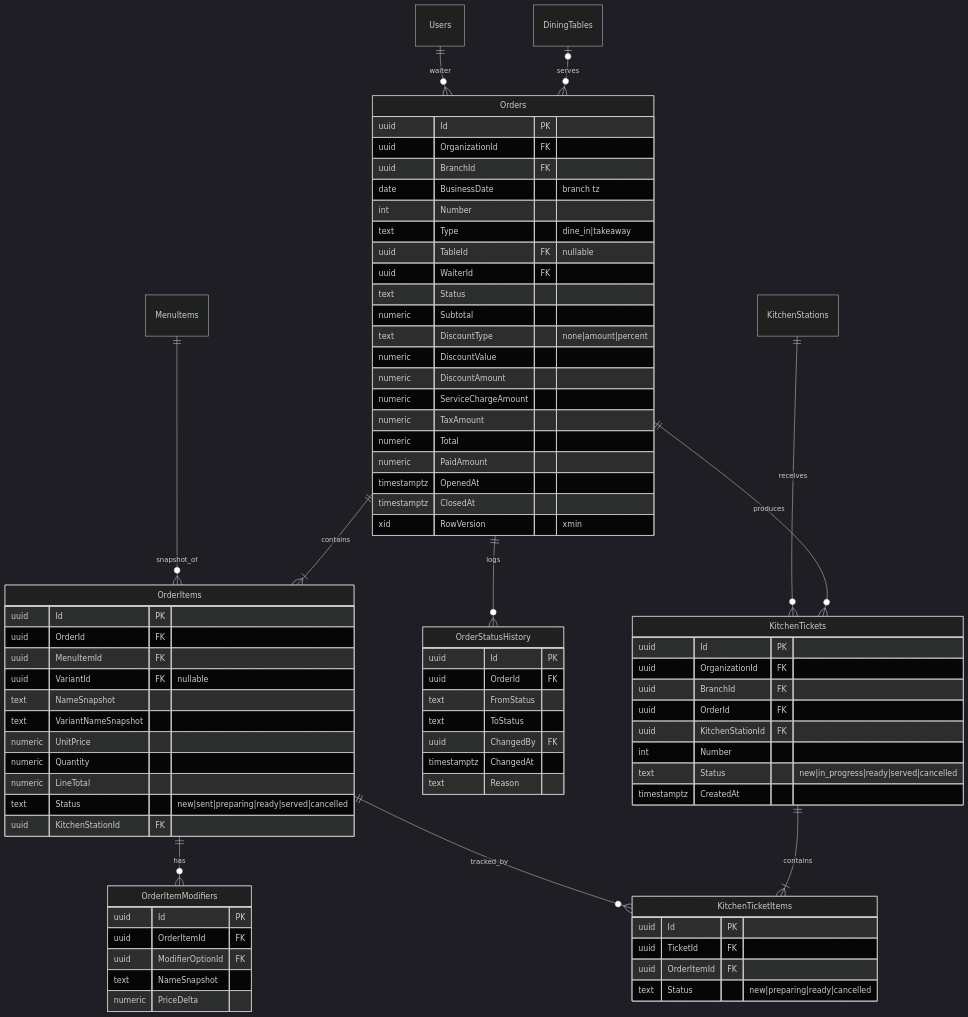
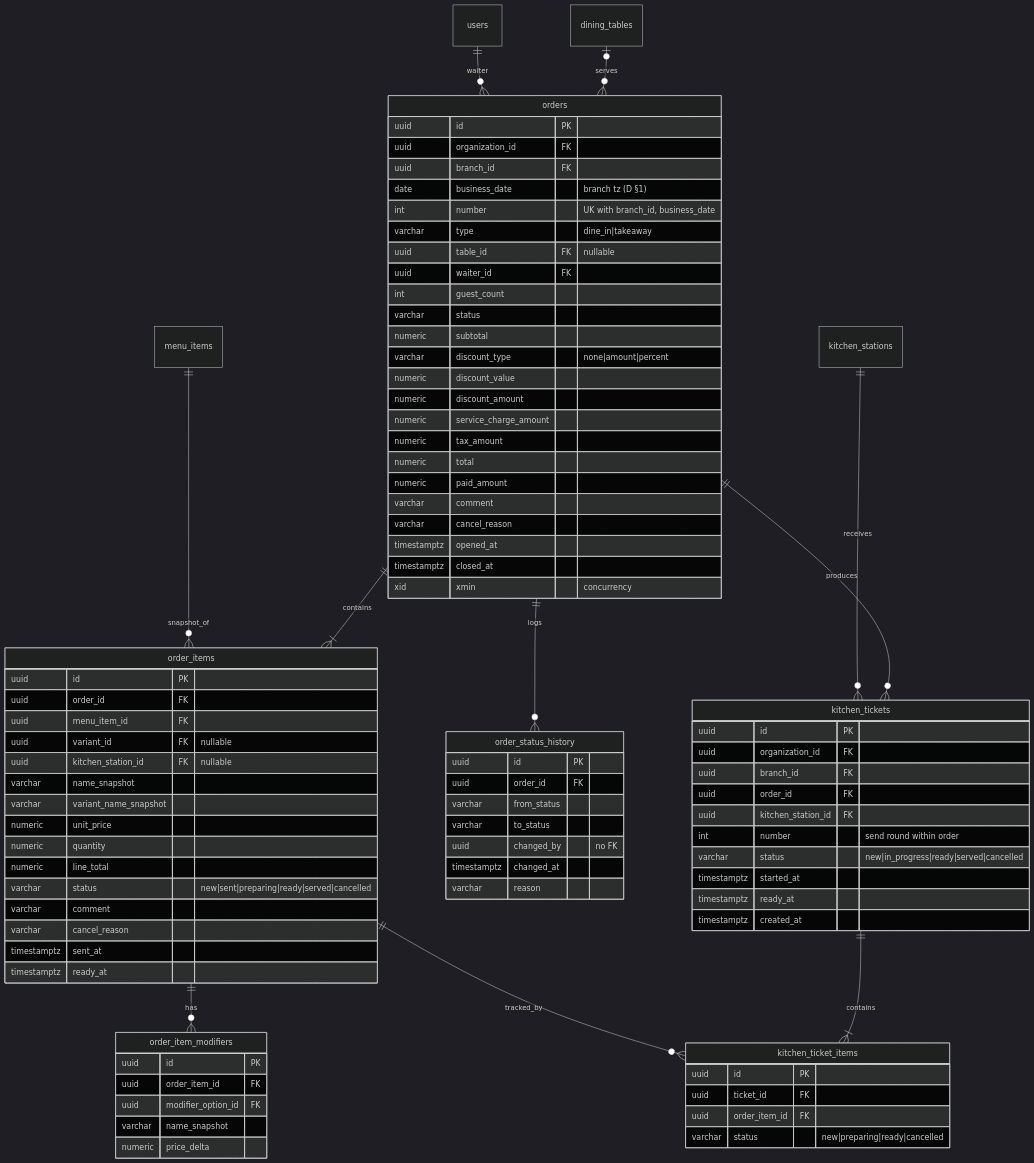
Before and after one commit to Urgenchbayev-Alibek/respos: the fourth of 4 diagrams in docs/database/ERD.md, drawn with Mermaid (dark theme). The commit also changed other lines of this file and 15 other files, not shown here.

Commit message:
docs: sync business rules, ERD, ADRs, overview, deployment, README with implementation

````diff
--- a/docs/database/ERD.md
+++ b/docs/database/ERD.md
@@ -305,81 +334,90 @@
 ```mermaid
 erDiagram
-  DiningTables |o--o{ Orders : serves
-  Users ||--o{ Orders : waiter
-  Orders ||--|{ OrderItems : contains
-  OrderItems ||--o{ OrderItemModifiers : has
-  Orders ||--o{ OrderStatusHistory : logs
-  MenuItems ||--o{ OrderItems : snapshot_of
-  Orders ||--o{ KitchenTickets : produces
-  KitchenStations ||--o{ KitchenTickets : receives
-  KitchenTickets ||--|{ KitchenTicketItems : contains
-  OrderItems ||--o{ KitchenTicketItems : tracked_by
+  dining_tables |o--o{ orders : serves
+  users ||--o{ orders : waiter
+  orders ||--|{ order_items : contains
+  order_items ||--o{ order_item_modifiers : has
+  orders ||--o{ order_status_history : logs
+  menu_items ||--o{ order_items : snapshot_of
+  orders ||--o{ kitchen_tickets : produces
+  kitchen_stations ||--o{ kitchen_tickets : receives
+  kitchen_tickets ||--|{ kitchen_ticket_items : contains
+  order_items ||--o{ kitchen_ticket_items : tracked_by
 
-  Orders {
-    uuid Id PK
-    uuid OrganizationId FK
-    uuid BranchId FK
-    date BusinessDate "branch tz"
-    int Number
-    text Type "dine_in|takeaway"
-    uuid TableId FK "nullable"
-    uuid WaiterId FK
-    text Status
-    numeric Subtotal
-    text DiscountType "none|amount|percent"
-    numeric DiscountValue
-    numeric DiscountAmount
-    numeric ServiceChargeAmount
-    numeric TaxAmount
-    numeric Total
-    numeric PaidAmount
-    timestamptz OpenedAt
-    timestamptz ClosedAt
-    xid RowVersion "xmin"
+  orders {
+    uuid id PK
+    uuid organization_id FK
+    uuid branch_id FK
+    date business_date "branch tz (D §1)"
+    int number "UK with branch_id, business_date"
+    varchar type "dine_in|takeaway"
+    uuid table_id FK "nullable"
+    uuid waiter_id FK
+    int guest_count
+    varchar status
+    numeric subtotal
+    varchar discount_type "none|amount|percent"
+    numeric discount_value
+    numeric discount_amount
+    numeric service_charge_amount
+    numeric tax_amount
+    numeric total
+    numeric paid_amount
+    varchar comment
+    varchar cancel_reason
+    timestamptz opened_at
+    timestamptz closed_at
+    xid xmin "concurrency"
   }
-  OrderItems {
-    uuid Id PK
-    uuid OrderId FK
-    uuid MenuItemId FK
-    uuid VariantId FK "nullable"
-    text NameSnapshot
-    text VariantNameSnapshot
-    numeric UnitPrice
-    numeric Quantity
-    numeric LineTotal
-    text Status "new|sent|preparing|ready|served|cancelled"
-    uuid KitchenStationId FK
+  order_items {
+    uuid id PK
+    uuid order_id FK
+    uuid menu_item_id FK
+    uuid variant_id FK "nullable"
+    uuid kitchen_station_id FK "nullable"
+    varchar name_snapshot
+    varchar variant_name_snapshot
+    numeric unit_price
+    numeric quantity
+    numeric line_total
+    varchar status "new|sent|preparing|ready|served|cancelled"
+    varchar comment
+    varchar cancel_reason
+    timestamptz sent_at
+    timestamptz ready_at
   }
-  OrderItemModifiers {
-    uuid Id PK
-    uuid OrderItemId FK
-    uuid ModifierOptionId FK
-    text NameSnapshot
-    numeric PriceDelta
+  order_item_modifiers {
+    uuid id PK
+    uuid order_item_id FK
+    uuid modifier_option_id FK
+    varchar name_snapshot
+    numeric price_delta
   }
-  OrderStatusHistory {
-    uuid Id PK
-    uuid OrderId FK
-    text FromStatus
-    text ToStatus
-    uuid ChangedBy FK
-    timestamptz ChangedAt
-    text Reason
+  order_status_history {
+    uuid id PK
+    uuid order_id FK
+    varchar from_status
+    varchar to_status
+    uuid changed_by "no FK"
+    timestamptz changed_at
+    varchar reason
   }
-  KitchenTickets {
-    uuid Id PK
-    uuid OrganizationId FK
-    uuid BranchId FK
-    uuid OrderId FK
-    uuid KitchenStationId FK
-    int Number
-    text Status "new|in_progress|ready|served|cancelled"
-    timestamptz CreatedAt
+  kitchen_tickets {
+    uuid id PK
+    uuid organization_id FK
+    uuid branch_id FK
+    uuid order_id FK
+    uuid kitchen_station_id FK
+    int number "send round within order"
+    varchar status "new|in_progress|ready|served|cancelled"
+    timestamptz started_at
+    timestamptz ready_at
+    timestamptz created_at
   }
-  KitchenTicketItems {
-    uuid Id PK
-    uuid TicketId FK
-    uuid OrderItemId FK
-    text Status "new|preparing|ready|cancelled"
+  kitchen_ticket_items {
+    uuid id PK
+    uuid ticket_id FK
+    uuid order_item_id FK
+    varchar status "new|preparing|ready|cancelled"
   }
 ```
````
